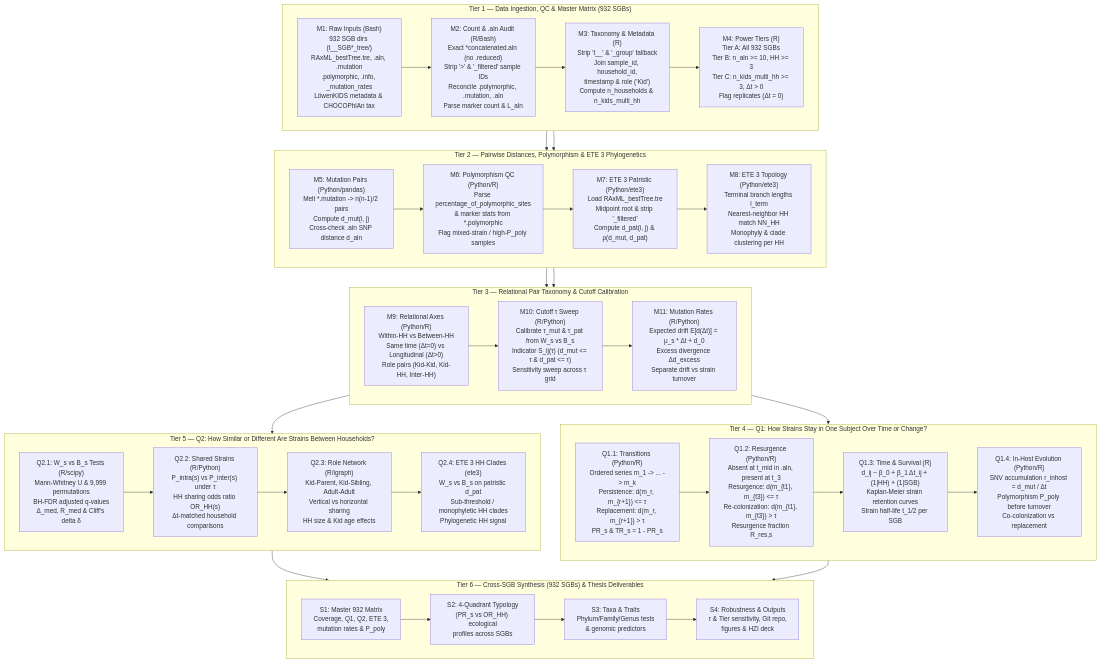
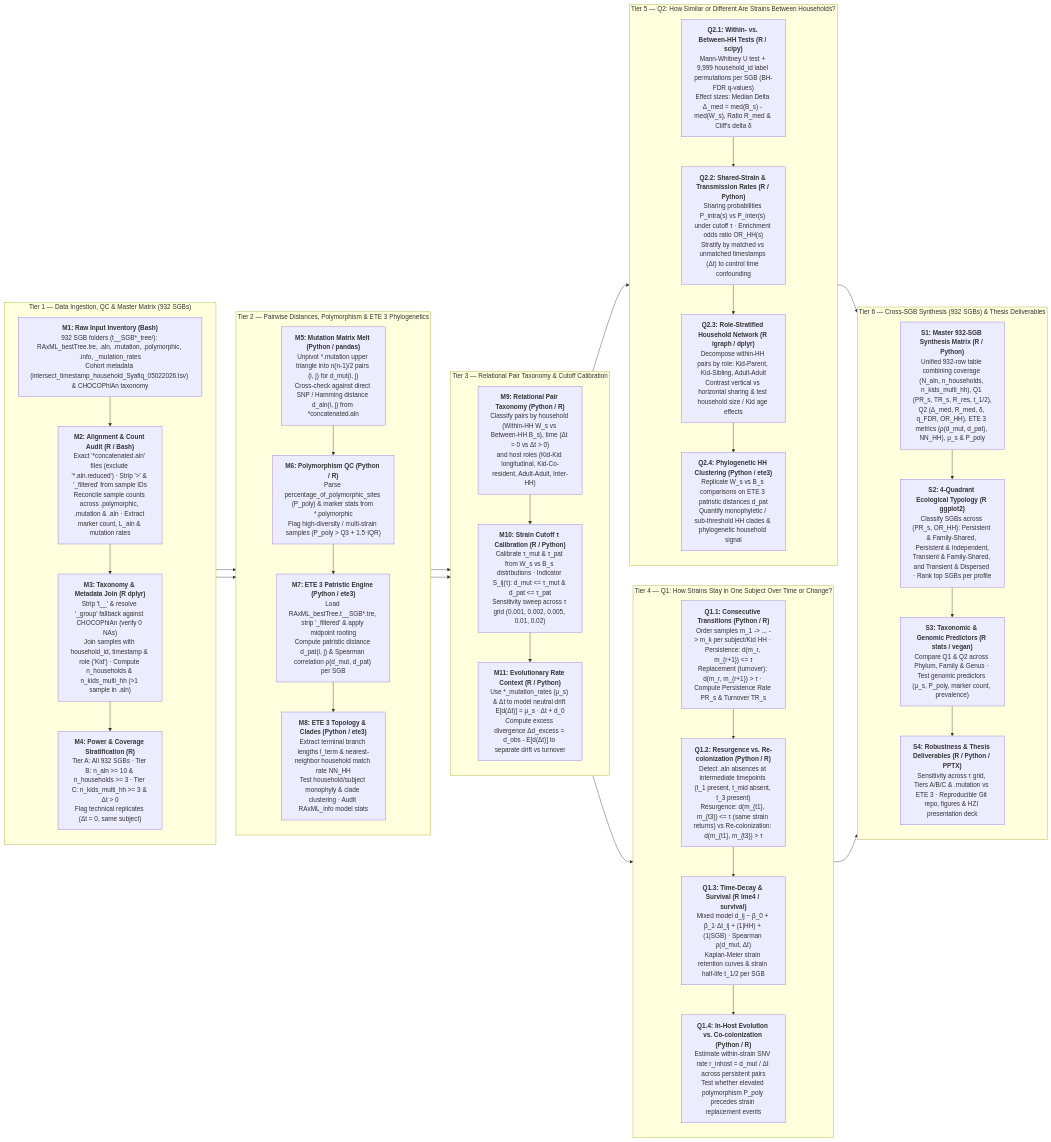
Before and after one commit to Elcornevic/LowenKIDS-StrainDynamics: the diagram in README.md, drawn with Mermaid.

Commit message:
Revise README with updated pipeline details
Updated the README to reflect changes in the pipeline structure and descriptions.

````diff
--- a/README.md
+++ b/README.md
@@ -4,71 +4,71 @@
 ```mermaid
-flowchart TD
+flowchart LR
     %% ==================== TIER 1: INGESTION, QC & METADATA ====================
     subgraph T1["Tier 1 — Data Ingestion, QC & Master Matrix (932 SGBs)"]
-        direction LR
-        M1["M1: Raw Inputs (Bash)<br/>932 SGB dirs (t__SGB*_tree/)<br/>RAxML_bestTree.tre, .aln, .mutation<br/>.polymorphic, .info, _mutation_rates<br/>LöwenKIDS metadata & CHOCOPhlAn tax"]
-        M2["M2: Count & .aln Audit (R/Bash)<br/>Exact *concatenated.aln (no .reduced)<br/>Strip '>' & '_filtered' sample IDs<br/>Reconcile .polymorphic, .mutation, .aln<br/>Parse marker count & L_aln"]
-        M3["M3: Taxonomy & Metadata (R)<br/>Strip 't__' & '_group' fallback<br/>Join sample_id, household_id,<br/>timestamp & role ('Kid')<br/>Compute n_households & n_kids_multi_hh"]
-        M4["M4: Power Tiers (R)<br/>Tier A: All 932 SGBs<br/>Tier B: n_aln >= 10, HH >= 3<br/>Tier C: n_kids_multi_hh >= 3, Δt > 0<br/>Flag replicates (Δt = 0)"]
+        direction TB
+        M1["<b>M1: Raw Input Inventory (Bash)</b><br/>932 SGB folders (t__SGB*_tree/): RAxML_bestTree.tre, .aln, .mutation, .polymorphic, .info, _mutation_rates<br/>Cohort metadata (intersect_timestamp_household_Syafiq_05022026.tsv) & CHOCOPhlAn taxonomy"]
+        M2["<b>M2: Alignment & Count Audit (R / Bash)</b><br/>Exact '*concatenated.aln' files (exclude '*.aln.reduced') · Strip '>' & '_filtered' from sample IDs<br/>Reconcile sample counts across .polymorphic, .mutation & .aln · Extract marker count, L_aln & mutation rates"]
+        M3["<b>M3: Taxonomy & Metadata Join (R dplyr)</b><br/>Strip 't__' & resolve '_group' fallback against CHOCOPhlAn (verify 0 NAs)<br/>Join samples with household_id, timestamp & role ('Kid') · Compute n_households & n_kids_multi_hh (&gt;1 sample in .aln)"]
+        M4["<b>M4: Power & Coverage Stratification (R)</b><br/>Tier A: All 932 SGBs · Tier B: n_aln &gt;= 10 &amp; n_households &gt;= 3 · Tier C: n_kids_multi_hh &gt;= 3 &amp; Δt &gt; 0<br/>Flag technical replicates (Δt = 0, same subject)"]
         M1 --> M2 --> M3 --> M4
     end
 
     %% ==================== TIER 2: DISTANCES & ETE 3 ====================
     subgraph T2["Tier 2 — Pairwise Distances, Polymorphism & ETE 3 Phylogenetics"]
-        direction LR
-        M5["M5: Mutation Pairs (Python/pandas)<br/>Melt *.mutation -> n(n-1)/2 pairs<br/>Compute d_mut(i, j)<br/>Cross-check .aln SNP distance d_aln"]
-        M6["M6: Polymorphism QC (Python/R)<br/>Parse percentage_of_polymorphic_sites<br/>& marker stats from *.polymorphic<br/>Flag mixed-strain / high-P_poly samples"]
-        M7["M7: ETE 3 Patristic (Python/ete3)<br/>Load RAxML_bestTree.tre<br/>Midpoint root & strip '_filtered'<br/>Compute d_pat(i, j) & ρ(d_mut, d_pat)"]
-        M8["M8: ETE 3 Topology (Python/ete3)<br/>Terminal branch lengths l_term<br/>Nearest-neighbor HH match NN_HH<br/>Monophyly & clade clustering per HH"]
+        direction TB
+        M5["<b>M5: Mutation Matrix Melt (Python / pandas)</b><br/>Unpivot *.mutation upper triangle into n(n-1)/2 pairs (i, j) for d_mut(i, j)<br/>Cross-check against direct SNP / Hamming distance d_aln(i, j) from *concatenated.aln"]
+        M6["<b>M6: Polymorphism QC (Python / R)</b><br/>Parse percentage_of_polymorphic_sites (P_poly) &amp; marker stats from *.polymorphic<br/>Flag high-diversity / multi-strain samples (P_poly &gt; Q3 + 1.5·IQR)"]
+        M7["<b>M7: ETE 3 Patristic Engine (Python / ete3)</b><br/>Load RAxML_bestTree.t__SGB*.tre, strip '_filtered' &amp; apply midpoint rooting<br/>Compute patristic distance d_pat(i, j) &amp; Spearman correlation ρ(d_mut, d_pat) per SGB"]
+        M8["<b>M8: ETE 3 Topology & Clades (Python / ete3)</b><br/>Extract terminal branch lengths l_term &amp; nearest-neighbor household match rate NN_HH<br/>Test household/subject monophyly &amp; clade clustering · Audit RAxML_info model stats"]
         M5 --> M6 --> M7 --> M8
     end
 
     %% ==================== TIER 3: PAIRS & CUTOFF CALIBRATION ====================
     subgraph T3["Tier 3 — Relational Pair Taxonomy & Cutoff Calibration"]
-        direction LR
-        M9["M9: Relational Axes (Python/R)<br/>Within-HH vs Between-HH<br/>Same time (Δt=0) vs Longitudinal (Δt>0)<br/>Role pairs (Kid-Kid, Kid-HH, Inter-HH)"]
-        M10["M10: Cutoff τ Sweep (R/Python)<br/>Calibrate τ_mut & τ_pat from W_s vs B_s<br/>Indicator S_ij(τ) (d_mut <= τ & d_pat <= τ)<br/>Sensitivity sweep across τ grid"]
-        M11["M11: Mutation Rates (R/Python)<br/>Expected drift E[d(Δt)] = μ_s * Δt + d_0<br/>Excess divergence Δd_excess<br/>Separate drift vs strain turnover"]
+        direction TB
+        M9["<b>M9: Relational Pair Taxonomy (Python / R)</b><br/>Classify pairs by household (Within-HH W_s vs Between-HH B_s), time (Δt = 0 vs Δt &gt; 0)<br/>and host roles (Kid-Kid longitudinal, Kid-Co-resident, Adult-Adult, Inter-HH)"]
+        M10["<b>M10: Strain Cutoff τ Calibration (R / Python)</b><br/>Calibrate τ_mut &amp; τ_pat from W_s vs B_s distributions · Indicator S_ij(τ): d_mut &lt;= τ_mut &amp; d_pat &lt;= τ_pat<br/>Sensitivity sweep across τ grid (0.001, 0.002, 0.005, 0.01, 0.02)"]
+        M11["<b>M11: Evolutionary Rate Context (R / Python)</b><br/>Use *_mutation_rates (μ_s) &amp; Δt to model neutral drift E[d(Δt)] = μ_s · Δt + d_0<br/>Compute excess divergence Δd_excess = d_obs - E[d(Δt)] to separate drift vs turnover"]
         M9 --> M10 --> M11
     end
 
     %% ==================== TIER 4: QUESTION 1 (LONGITUDINAL) ====================
     subgraph T4["Tier 4 — Q1: How Strains Stay in One Subject Over Time or Change?"]
-        direction LR
-        Q1_1["Q1.1: Transitions (Python/R)<br/>Ordered series m_1 -> ... -> m_k<br/>Persistence: d(m_r, m_{r+1}) <= τ<br/>Replacement: d(m_r, m_{r+1}) > τ<br/>PR_s & TR_s = 1 - PR_s"]
-        Q1_2["Q1.2: Resurgence (Python/R)<br/>Absent at t_mid in .aln, present at t_3<br/>Resurgence: d(m_{t1}, m_{t3}) <= τ<br/>Re-colonization: d(m_{t1}, m_{t3}) > τ<br/>Resurgence fraction R_res,s"]
-        Q1_3["Q1.3: Time & Survival (R)<br/>d_ij ~ β_0 + β_1 Δt_ij + (1|HH) + (1|SGB)<br/>Kaplan-Meier strain retention curves<br/>Strain half-life t_1/2 per SGB"]
-        Q1_4["Q1.4: In-Host Evolution (Python/R)<br/>SNV accumulation r_inhost = d_mut / Δt<br/>Polymorphism P_poly before turnover<br/>Co-colonization vs replacement"]
+        direction TB
+        Q1_1["<b>Q1.1: Consecutive Transitions (Python / R)</b><br/>Order samples m_1 -&gt; ... -&gt; m_k per subject/Kid HH · Persistence: d(m_r, m_{r+1}) &lt;= τ<br/>Replacement (turnover): d(m_r, m_{r+1}) &gt; τ · Compute Persistence Rate PR_s &amp; Turnover TR_s"]
+        Q1_2["<b>Q1.2: Resurgence vs. Re-colonization (Python / R)</b><br/>Detect .aln absences at intermediate timepoints (t_1 present, t_mid absent, t_3 present)<br/>Resurgence: d(m_{t1}, m_{t3}) &lt;= τ (same strain returns) vs Re-colonization: d(m_{t1}, m_{t3}) &gt; τ"]
+        Q1_3["<b>Q1.3: Time-Decay &amp; Survival (R lme4 / survival)</b><br/>Mixed model d_ij ~ β_0 + β_1·Δt_ij + (1|HH) + (1|SGB) · Spearman ρ(d_mut, Δt)<br/>Kaplan-Meier strain retention curves &amp; strain half-life t_1/2 per SGB"]
+        Q1_4["<b>Q1.4: In-Host Evolution vs. Co-colonization (Python / R)</b><br/>Estimate within-strain SNV rate r_inhost = d_mut / Δt across persistent pairs<br/>Test whether elevated polymorphism P_poly precedes strain replacement events"]
         Q1_1 --> Q1_2 --> Q1_3 --> Q1_4
     end
 
     %% ==================== TIER 5: QUESTION 2 (HOUSEHOLDS) ====================
     subgraph T5["Tier 5 — Q2: How Similar or Different Are Strains Between Households?"]
-        direction LR
-        Q2_1["Q2.1: W_s vs B_s Tests (R/scipy)<br/>Mann-Whitney U & 9,999 permutations<br/>BH-FDR adjusted q-values<br/>Δ_med, R_med & Cliff's delta δ"]
-        Q2_2["Q2.2: Shared Strains (R/Python)<br/>P_intra(s) vs P_inter(s) under τ<br/>HH sharing odds ratio OR_HH(s)<br/>Δt-matched household comparisons"]
-        Q2_3["Q2.3: Role Network (R/igraph)<br/>Kid-Parent, Kid-Sibling, Adult-Adult<br/>Vertical vs horizontal sharing<br/>HH size & Kid age effects"]
-        Q2_4["Q2.4: ETE 3 HH Clades (ete3)<br/>W_s vs B_s on patristic d_pat<br/>Sub-threshold / monophyletic HH clades<br/>Phylogenetic HH signal"]
+        direction TB
+        Q2_1["<b>Q2.1: Within- vs. Between-HH Tests (R / scipy)</b><br/>Mann-Whitney U test + 9,999 household_id label permutations per SGB (BH-FDR q-values)<br/>Effect sizes: Median Delta Δ_med = med(B_s) - med(W_s), Ratio R_med &amp; Cliff's delta δ"]
+        Q2_2["<b>Q2.2: Shared-Strain &amp; Transmission Rates (R / Python)</b><br/>Sharing probabilities P_intra(s) vs P_inter(s) under cutoff τ · Enrichment odds ratio OR_HH(s)<br/>Stratify by matched vs unmatched timestamps (Δt) to control time confounding"]
+        Q2_3["<b>Q2.3: Role-Stratified Household Network (R igraph / dplyr)</b><br/>Decompose within-HH pairs by role: Kid-Parent, Kid-Sibling, Adult-Adult<br/>Contrast vertical vs horizontal sharing &amp; test household size / Kid age effects"]
+        Q2_4["<b>Q2.4: Phylogenetic HH Clustering (Python / ete3)</b><br/>Replicate W_s vs B_s comparisons on ETE 3 patristic distances d_pat<br/>Quantify monophyletic / sub-threshold HH clades &amp; phylogenetic household signal"]
         Q2_1 --> Q2_2 --> Q2_3 --> Q2_4
     end
 
     %% ==================== TIER 6: SYNTHESIS & DELIVERABLES ====================
     subgraph T6["Tier 6 — Cross-SGB Synthesis (932 SGBs) & Thesis Deliverables"]
-        direction LR
-        S1["S1: Master 932 Matrix<br/>Coverage, Q1, Q2, ETE 3,<br/>mutation rates & P_poly"]
-        S2["S2: 4-Quadrant Typology<br/>(PR_s vs OR_HH) ecological<br/>profiles across SGBs"]
-        S3["S3: Taxa & Traits<br/>Phylum/Family/Genus tests<br/>& genomic predictors"]
-        S4["S4: Robustness & Outputs<br/>τ & Tier sensitivity, Git repo,<br/>figures & HZI deck"]
+        direction TB
+        S1["<b>S1: Master 932-SGB Synthesis Matrix (R / Python)</b><br/>Unified 932-row table combining coverage (N_aln, n_households, n_kids_multi_hh), Q1 (PR_s, TR_s, R_res, t_1/2),<br/>Q2 (Δ_med, R_med, δ, q_FDR, OR_HH), ETE 3 metrics (ρ(d_mut, d_pat), NN_HH), μ_s &amp; P_poly"]
+        S2["<b>S2: 4-Quadrant Ecological Typology (R ggplot2)</b><br/>Classify SGBs across (PR_s, OR_HH): Persistent &amp; Family-Shared, Persistent &amp; Independent,<br/>Transient &amp; Family-Shared, and Transient &amp; Dispersed · Rank top SGBs per profile"]
+        S3["<b>S3: Taxonomic &amp; Genomic Predictors (R stats / vegan)</b><br/>Compare Q1 &amp; Q2 across Phylum, Family &amp; Genus · Test genomic predictors (μ_s, P_poly, marker count, prevalence)"]
+        S4["<b>S4: Robustness &amp; Thesis Deliverables (R / Python / PPTX)</b><br/>Sensitivity across τ grid, Tiers A/B/C &amp; .mutation vs ETE 3 · Reproducible Git repo, figures &amp; HZI presentation deck"]
         S1 --> S2 --> S3 --> S4
     end
 
     %% ==================== CONNECTIONS BETWEEN TIERS ====================
     M4 --> M5
     M4 --> M7
+    M6 --> M9
     M8 --> M9
-    M6 --> M9
     M11 --> Q1_1
     M11 --> Q2_1
     Q1_4 --> S1
     Q2_4 --> S1
 ```
````
